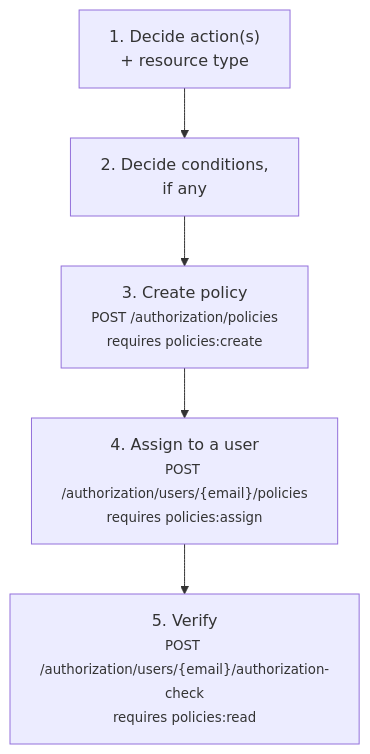
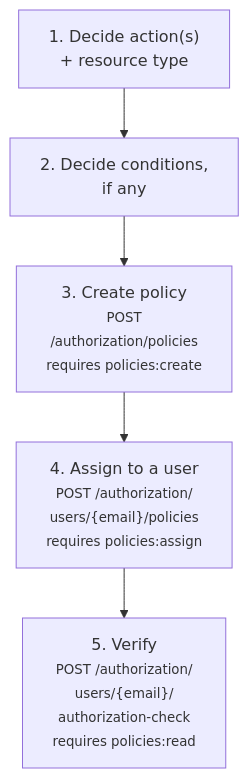
Before and after one commit to Nachiket-2024/mystic-auth: the diagram in docs/mystic_auth/authorization/writing-testing-policies.md, drawn with Mermaid. The commit also changed 305 other files, not shown here.

````diff
--- a/docs/mystic_auth/authorization/writing-testing-policies.md
+++ b/docs/mystic_auth/authorization/writing-testing-policies.md
@@ -5,7 +5,7 @@
 ```mermaid
 flowchart TD
     A["1. Decide action(s)<br/>+ resource type"] --> B["2. Decide conditions,<br/>if any"]
-    B --> C["3. Create policy<br/><small>POST /authorization/policies<br/>requires policies:create</small>"]
-    C --> D["4. Assign to a user<br/><small>POST /authorization/users/{email}/policies<br/>requires policies:assign</small>"]
-    D --> E["5. Verify<br/><small>POST /authorization/users/{email}/authorization-check<br/>requires policies:read</small>"]
+    B --> C["3. Create policy<br/><small>POST<br/>/authorization/policies<br/>requires policies:create</small>"]
+    C --> D["4. Assign to a user<br/><small>POST /authorization/<br/>users/{email}/policies<br/>requires policies:assign</small>"]
+    D --> E["5. Verify<br/><small>POST /authorization/<br/>users/{email}/<br/>authorization-check<br/>requires policies:read</small>"]
 ```
````
